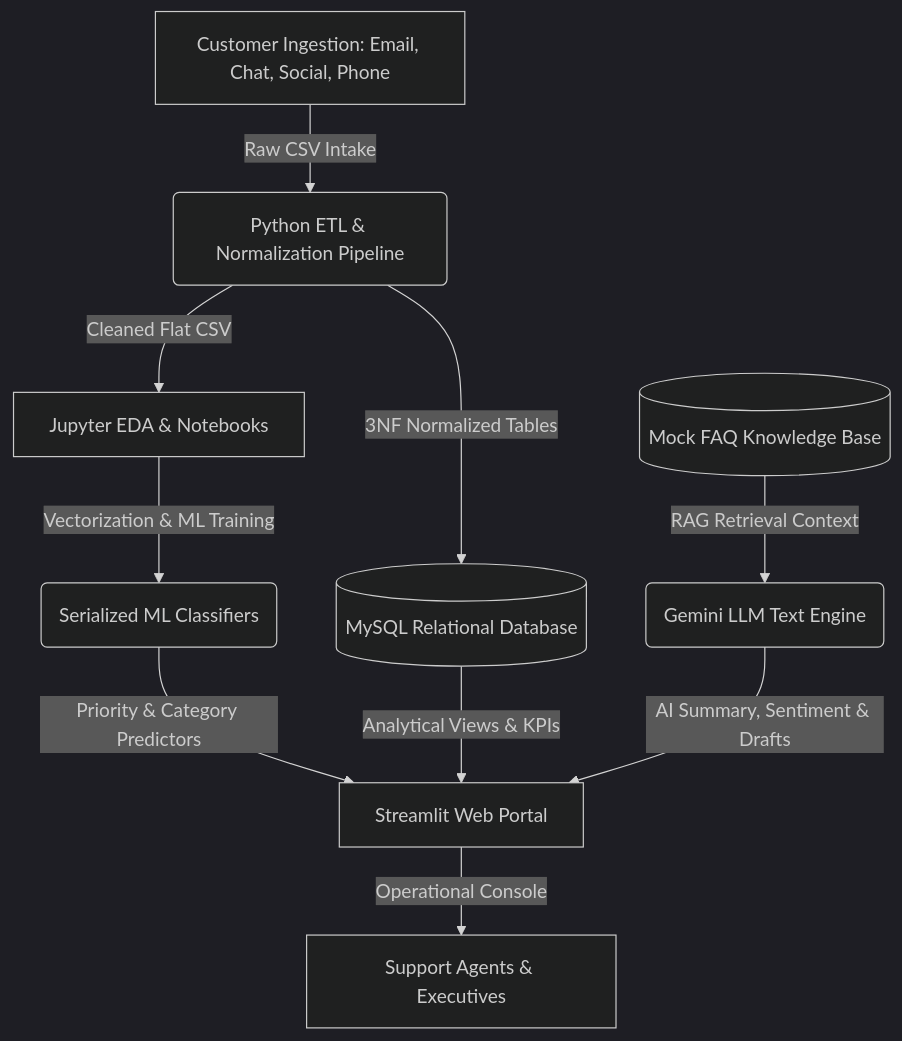
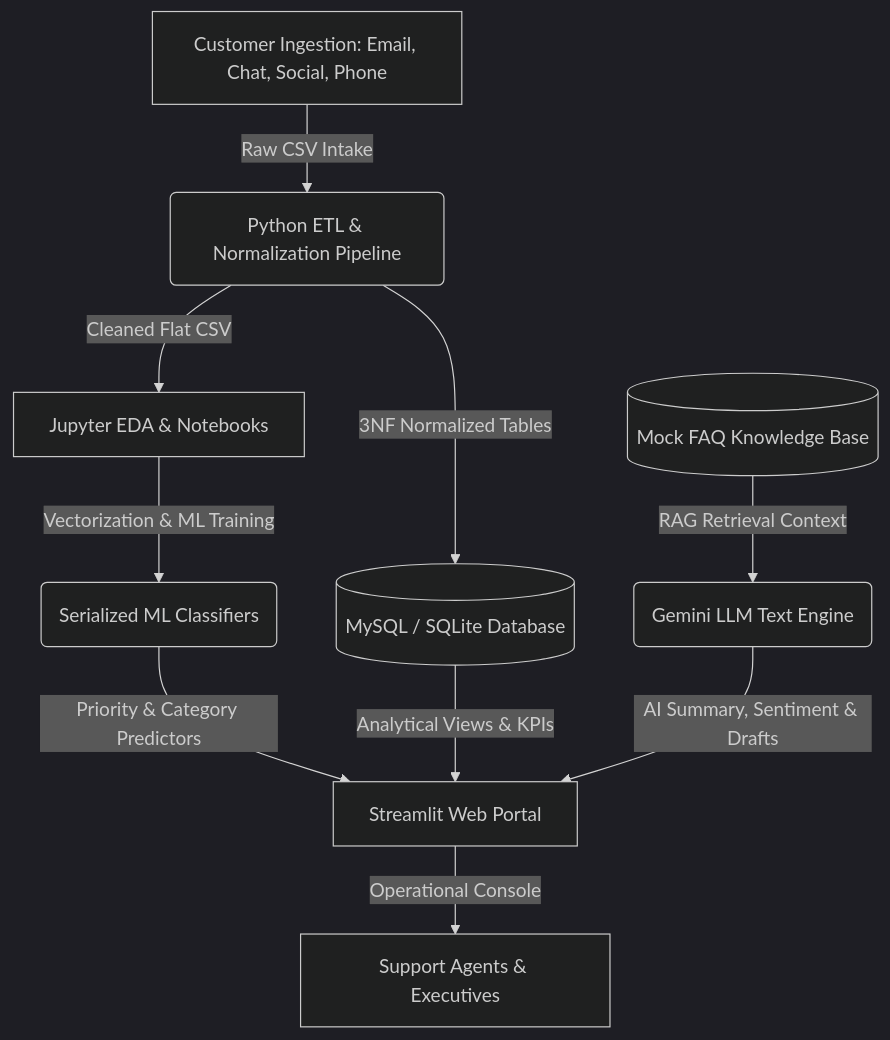
One commit to thetanu/AI-Customer-Support-Ticket-Intelligence-Platform-Tech-Stack changed the diagram in README.md. Above: the diagram before and after it, drawn with Mermaid (dark theme). The commit also changed other lines of this file and 8 other files, not shown here.

````diff
--- a/README.md
+++ b/README.md
@@ -16,12 +16,12 @@
 ```mermaid
 graph TD
     A[Customer Ingestion: Email, Chat, Social, Phone] -->|Raw CSV Intake| B(Python ETL & Normalization Pipeline)
     B -->|Cleaned Flat CSV| C[Jupyter EDA & Notebooks]
-    B -->|3NF Normalized Tables| D[(MySQL Relational Database)]
+    B -->|3NF Normalized Tables| D[(MySQL / SQLite Database)]
     C -->|Vectorization & ML Training| E(Serialized ML Classifiers)
     E -->|Priority & Category Predictors| F[Streamlit Web Portal]
     D -->|Analytical Views & KPIs| F
     G[(Mock FAQ Knowledge Base)] -->|RAG Retrieval Context| H(Gemini LLM Text Engine)
     H -->|AI Summary, Sentiment & Drafts| F
     F -->|Operational Console| I[Support Agents & Executives]
 ```
````
